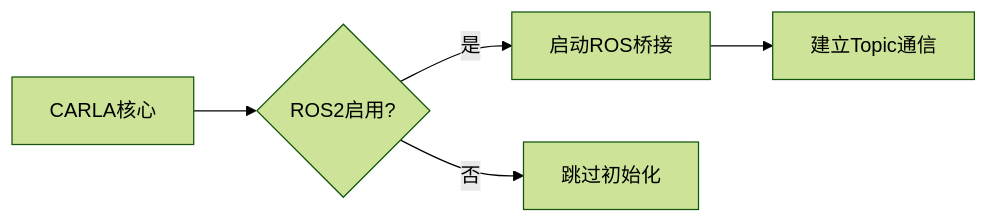
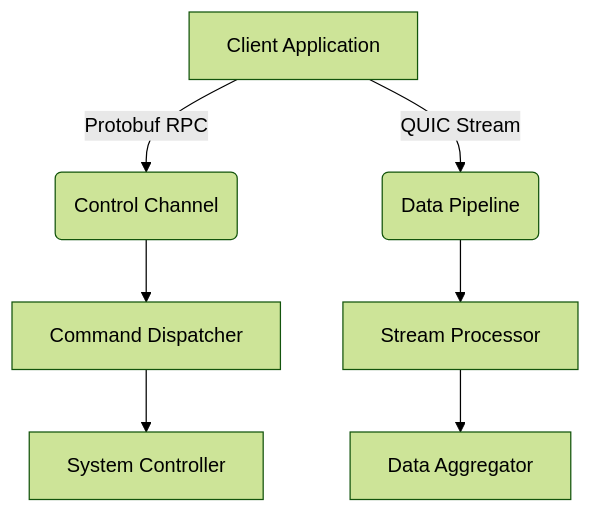
The fourth of 7 diagrams in docs/modules/Settings.md (OpenHUTB/carla_doc), drawn with Mermaid (forest theme) before and after one commit. The commit also changed other lines of this file and 1 other file, not shown here.

````diff
--- a/docs/modules/Settings.md
+++ b/docs/modules/Settings.md
@@ -359,7 +343,9 @@
-    ```mermaid
-    graph LR
-    A[CARLA核心] --> B{ROS2启用?}
-    B -->|是| C[启动ROS桥接]
-    B -->|否| D[跳过初始化]
-    C --> E[建立Topic通信]
-    ```
+```mermaid
+graph TD
+    A[Client Application] -->|Protobuf RPC| B(Control Channel)
+    A -->|QUIC Stream| C(Data Pipeline)
+    B --> D[Command Dispatcher]
+    C --> E[Stream Processor]
+    D --> F[System Controller]
+    E --> G[Data Aggregator]
+```
````
